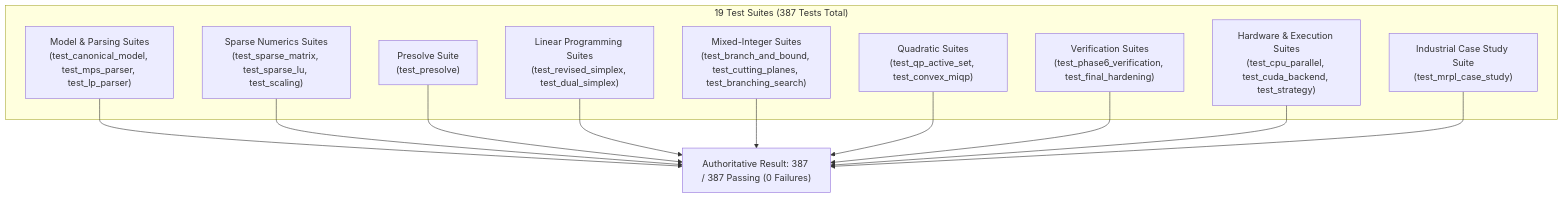
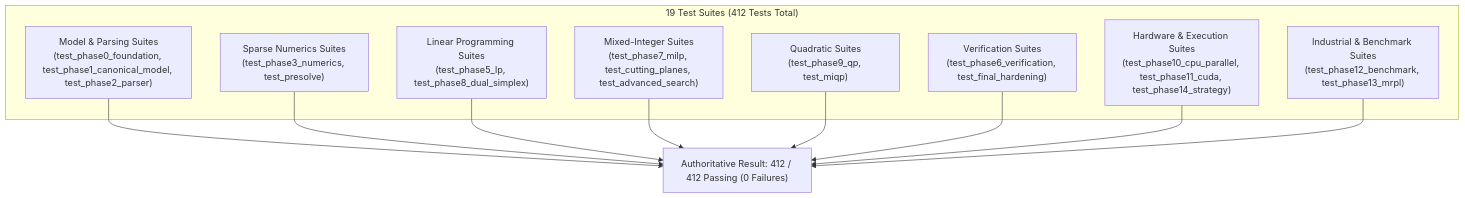
Diagram 17 of 25 in docs/BENCHMARKS.md (madhavansingh/Kavach-opt), drawn with Mermaid before and after one commit. The commit also changed other lines of this file and 13 other files, not shown here.

Commit message:
Synchronize authoritative claims, terminology, and test count across documentation

````diff
--- a/docs/BENCHMARKS.md
+++ b/docs/BENCHMARKS.md
@@ -717,23 +717,21 @@
 ```mermaid
 flowchart TD
-    subgraph "19 Test Suites (387 Tests Total)"
-        TS1["Model & Parsing Suites<br/>(test_canonical_model, test_mps_parser, test_lp_parser)"]
-        TS2["Sparse Numerics Suites<br/>(test_sparse_matrix, test_sparse_lu, test_scaling)"]
-        TS3["Presolve Suite<br/>(test_presolve)"]
-        TS4["Linear Programming Suites<br/>(test_revised_simplex, test_dual_simplex)"]
-        TS5["Mixed-Integer Suites<br/>(test_branch_and_bound, test_cutting_planes, test_branching_search)"]
-        TS6["Quadratic Suites<br/>(test_qp_active_set, test_convex_miqp)"]
-        TS7["Verification Suites<br/>(test_phase6_verification, test_final_hardening)"]
-        TS8["Hardware & Execution Suites<br/>(test_cpu_parallel, test_cuda_backend, test_strategy)"]
-        TS9["Industrial Case Study Suite<br/>(test_mrpl_case_study)"]
+    subgraph "19 Test Suites (412 Tests Total)"
+        TS1["Model & Parsing Suites<br/>(test_phase0_foundation, test_phase1_canonical_model, test_phase2_parser)"]
+        TS2["Sparse Numerics Suites<br/>(test_phase3_numerics, test_presolve)"]
+        TS3["Linear Programming Suites<br/>(test_phase5_lp, test_phase8_dual_simplex)"]
+        TS4["Mixed-Integer Suites<br/>(test_phase7_milp, test_cutting_planes, test_advanced_search)"]
+        TS5["Quadratic Suites<br/>(test_phase9_qp, test_miqp)"]
+        TS6["Verification Suites<br/>(test_phase6_verification, test_final_hardening)"]
+        TS7["Hardware & Execution Suites<br/>(test_phase10_cpu_parallel, test_phase11_cuda, test_phase14_strategy)"]
+        TS8["Industrial & Benchmark Suites<br/>(test_phase12_benchmark, test_phase13_mrpl)"]
     end
-    TS1 --> PASS["Authoritative Result: 387 / 387 Passing (0 Failures)"]
+    TS1 --> PASS["Authoritative Result: 412 / 412 Passing (0 Failures)"]
     TS2 --> PASS
     TS3 --> PASS
     TS4 --> PASS
     TS5 --> PASS
     TS6 --> PASS
     TS7 --> PASS
     TS8 --> PASS
-    TS9 --> PASS
 ```
````
